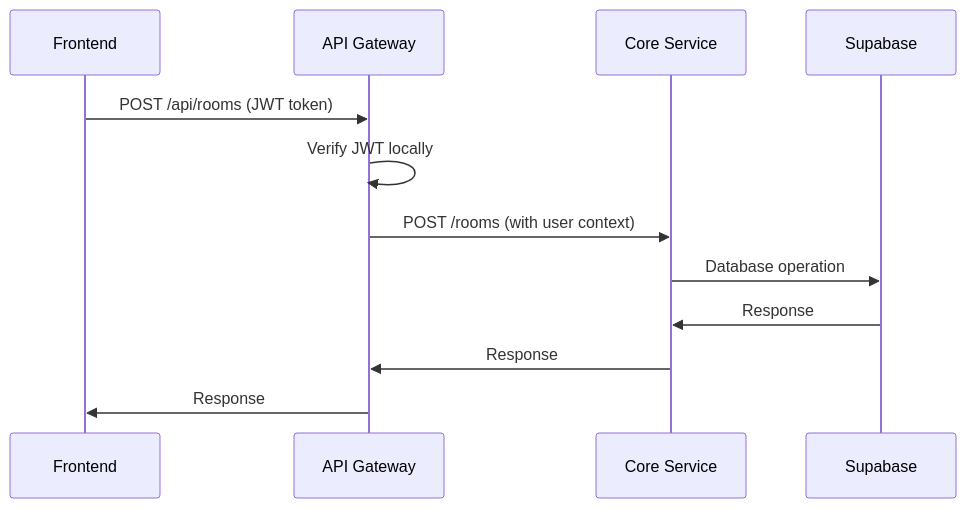
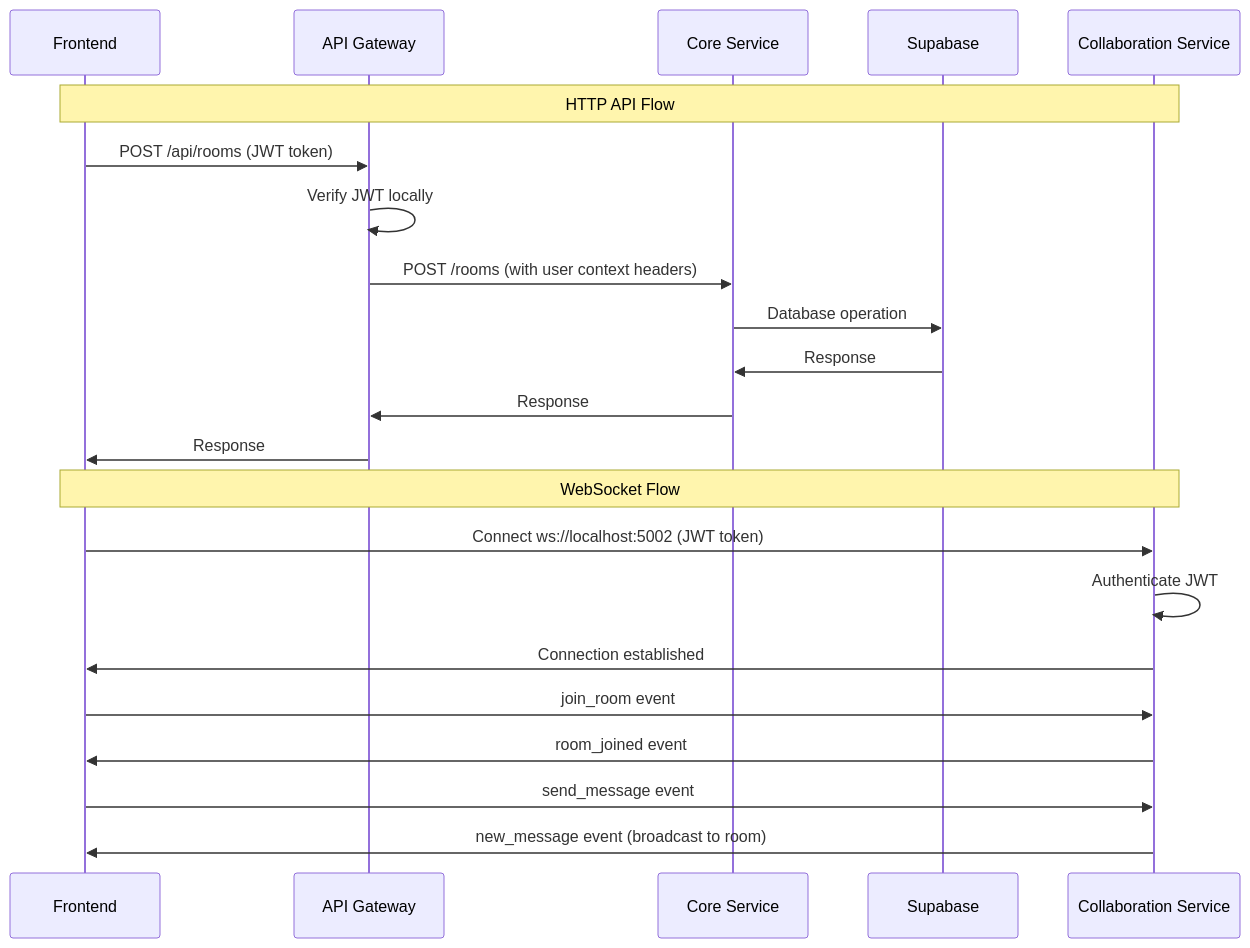
The diagram in README.md (OttrPad/Backend), drawn with Mermaid before and after one commit. The commit also changed other lines of this file and 19 other files, not shown here.

First line of the commit message:
feat(collab): initialize collaboration service with real-time features and authentication

````diff
--- a/README.md
+++ b/README.md
@@ -310,15 +584,26 @@
 ```mermaid
 sequenceDiagram
     participant F as Frontend
-    participant G as API Gateway
+    participant A as API Gateway
     participant C as Core Service
     participant S as Supabase
+    participant R as Collaboration Service
 
-    F->>G: POST /api/rooms (JWT token)
-    G->>G: Verify JWT locally
-    G->>C: POST /rooms (with user context)
+    Note over F,R: HTTP API Flow
+    F->>A: POST /api/rooms (JWT token)
+    A->>A: Verify JWT locally
+    A->>C: POST /rooms (with user context headers)
     C->>S: Database operation
     S->>C: Response
-    C->>G: Response
-    G->>F: Response
+    C->>A: Response
+    A->>F: Response
+
+    Note over F,R: WebSocket Flow
+    F->>R: Connect ws://localhost:5002 (JWT token)
+    R->>R: Authenticate JWT
+    R->>F: Connection established
+    F->>R: join_room event
+    R->>F: room_joined event
+    F->>R: send_message event
+    R->>F: new_message event (broadcast to room)
 ```
````
